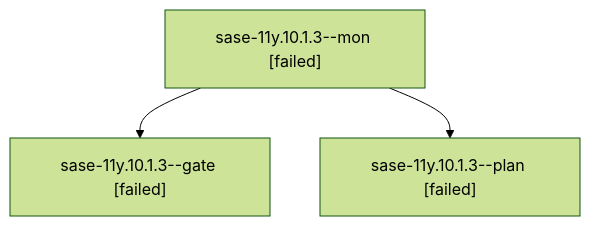
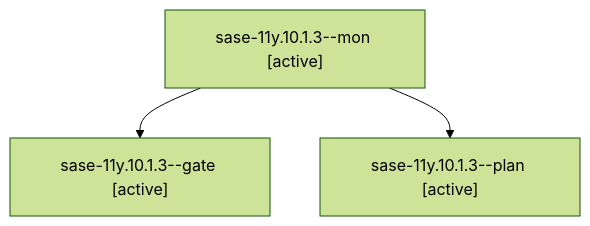
One commit to sase-org/sase--agents changed the diagram in families/bbugyi200.athena.sase-11y.10.1.3.md. Above: the diagram before and after it, drawn with Mermaid (forest theme). The commit also changed other lines of this file and 35830 other files, not shown here.

````diff
--- a/families/bbugyi200.athena.sase-11y.10.1.3.md
+++ b/families/bbugyi200.athena.sase-11y.10.1.3.md
@@ -9,8 +9,8 @@
 ```mermaid
 flowchart TD
-  n0["sase-11y.10.1.3--mon [failed]"]
-  n1["sase-11y.10.1.3--gate [failed]"]
+  n0["sase-11y.10.1.3--mon [active]"]
+  n1["sase-11y.10.1.3--gate [active]"]
   n0 --> n1
-  n2["sase-11y.10.1.3--plan [failed]"]
+  n2["sase-11y.10.1.3--plan [active]"]
   n0 --> n2
 ```
````
